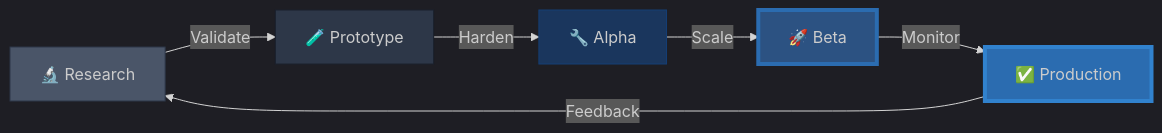
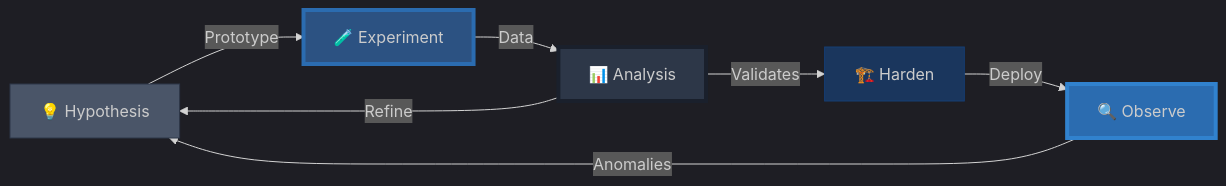
The diagram in README.md (perryjr1444-ux/perryjr1444-ux), drawn with Mermaid before and after one commit. The commit also changed other lines of this file, not shown here.

````diff
--- a/README.md
+++ b/README.md
@@ -576,18 +213,19 @@
 ```mermaid
 %%{init: {'theme':'dark'}}%%
 graph LR
-    A[🔬 Research] -->|Validate| B[🧪 Prototype]
-    B -->|Harden| C[🔧 Alpha]
-    C -->|Scale| D[🚀 Beta]
-    D -->|Monitor| E[✅ Production]
-    E -->|Feedback| A
+    A[💡 Hypothesis] -->|Prototype| B[🧪 Experiment]
+    B -->|Data| C[📊 Analysis]
+    C -->|Refine| A
+    C -->|Validates| D[🏗️ Harden]
+    D -->|Deploy| E[🔍 Observe]
+    E -->|Anomalies| A
 
     style A fill:#4a5568,stroke:#2d3748
-    style B fill:#2d3748,stroke:#1a202c
-    style C fill:#1a365d,stroke:#153e75
-    style D fill:#2c5282,stroke:#2b6cb0
+    style B fill:#2c5282,stroke:#2b6cb0
+    style C fill:#2d3748,stroke:#1a202c
+    style D fill:#1a365d,stroke:#153e75
     style E fill:#2b6cb0,stroke:#3182ce
 
     classDef active fill:#48bb78,stroke:#38a169,stroke-width:4px
-    class D,E active
+    class B,C,E active
 ```
````
